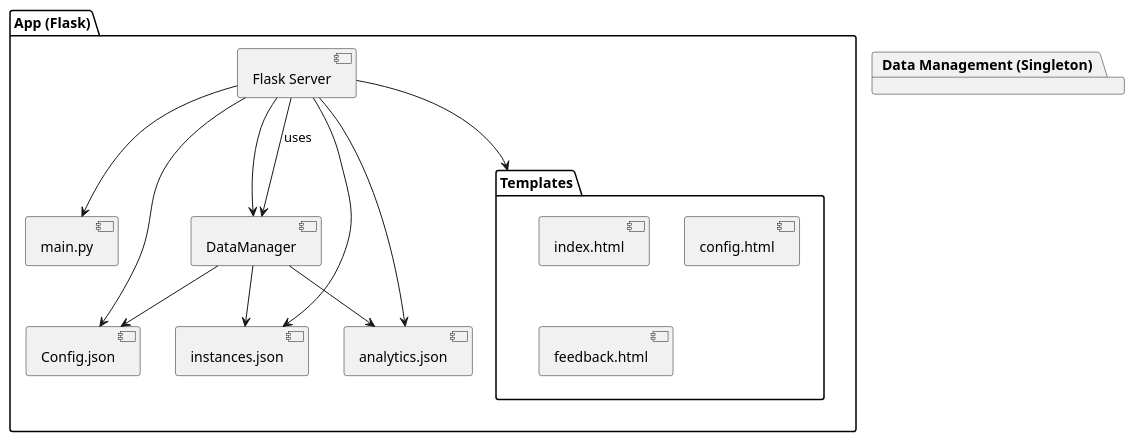
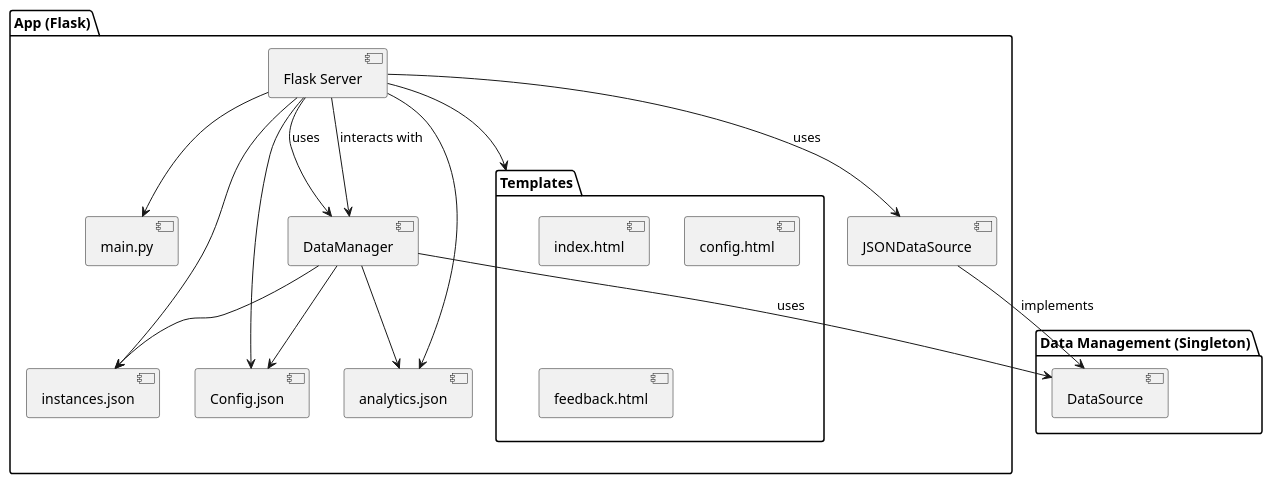
One commit to RogerioProgramming/WorkplaceSafety changed the diagram in Diagrams/componentDiagram.puml. Above: the diagram before and after it, drawn with PlantUML. The commit also changed 6 other files, not shown here.

```diff
--- a/Diagrams/componentDiagram.puml
+++ b/Diagrams/componentDiagram.puml
@@ -1,26 +1,29 @@
 @startuml
 
 package "App (Flask)" {
   [Flask Server] --> [main.py]
   [Flask Server] --> [Templates]
   [Flask Server] --> [Config.json]
-  [Flask Server] --> [DataManager]
+  [Flask Server] --> [DataManager] : uses
+  [Flask Server] --> [JSONDataSource] : uses
   [Flask Server] --> [instances.json]
   [Flask Server] --> [analytics.json]
 }
 
 package "Templates" {
   [index.html]
   [config.html]
   [feedback.html]
 }
 
 package "Data Management (Singleton)" {
+  [DataManager] --> [DataSource] : uses
   [DataManager] --> [instances.json]
   [DataManager] --> [analytics.json]
   [DataManager] --> [Config.json]
+  [JSONDataSource] --> [DataSource] : implements
 }
 
-[Flask Server] --> [DataManager] : uses
+[Flask Server] --> [DataManager] : interacts with
 
 @enduml
```
